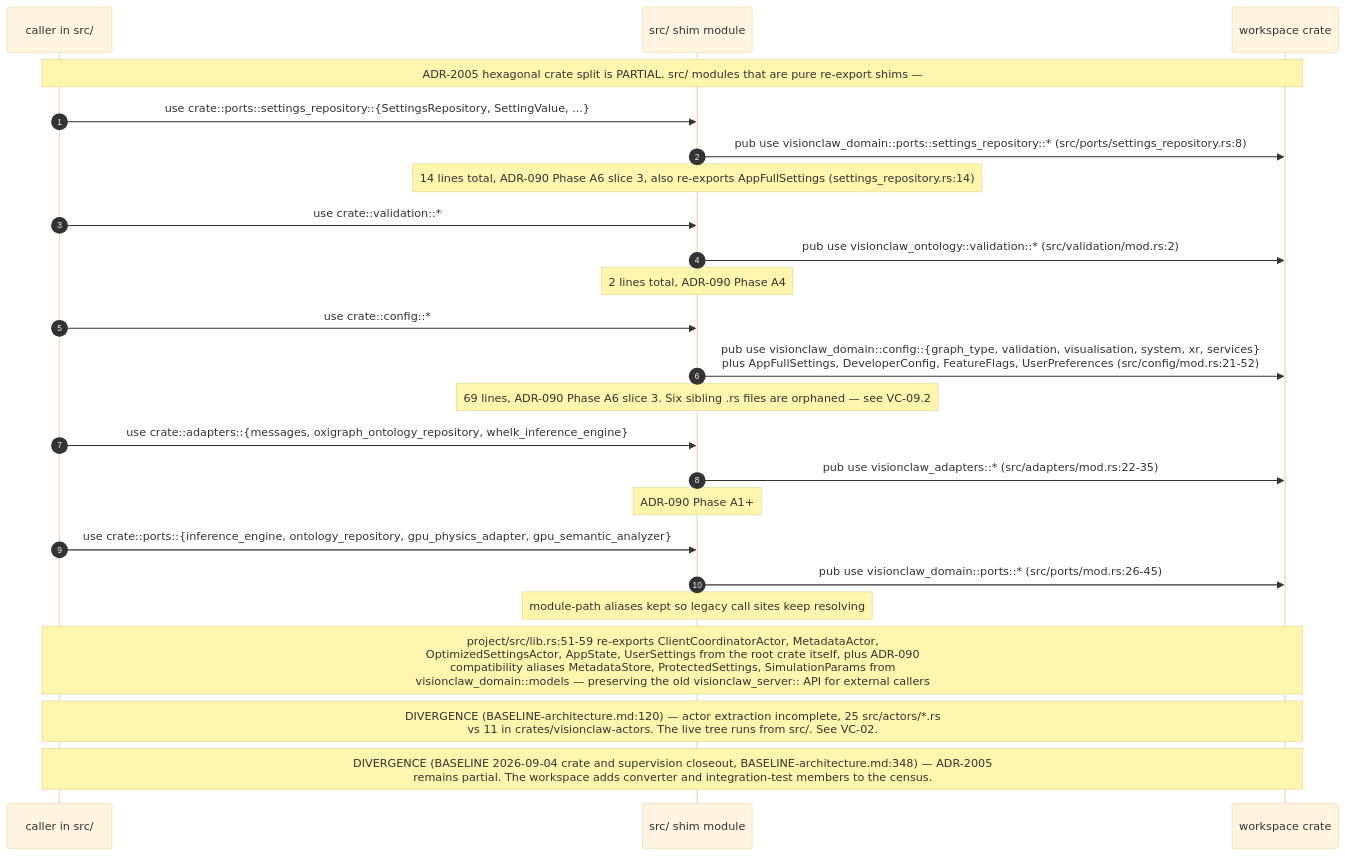
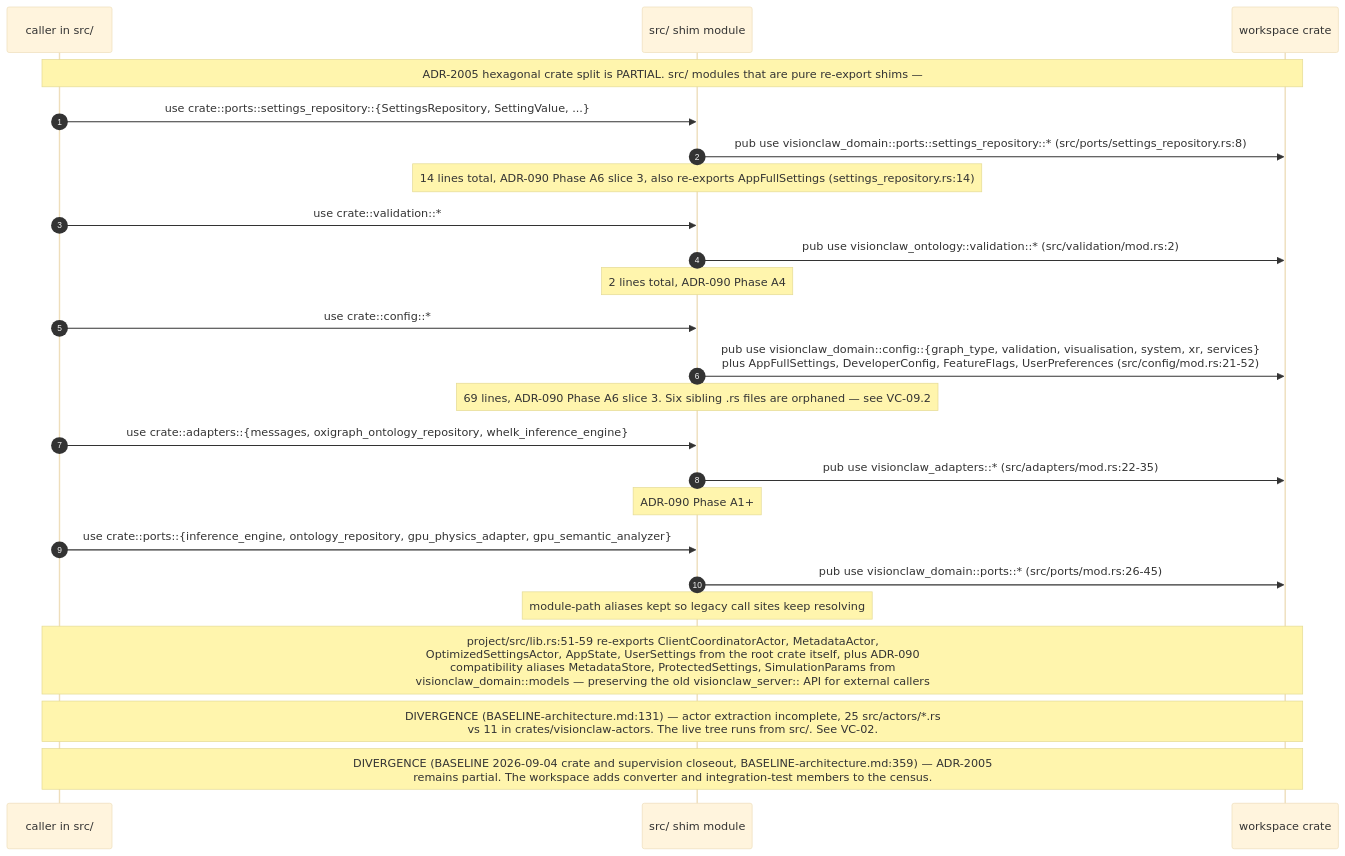
Before and after one commit to DreamLab-AI/VisionFlow: the second of 9 diagrams in docs/diagrams/visionclaw/07-hexagonal-ports-and-crates.md, drawn with Mermaid (base theme). The commit also changed other lines of this file and 145 other files, not shown here.

````diff
--- a/docs/diagrams/visionclaw/07-hexagonal-ports-and-crates.md
+++ b/docs/diagrams/visionclaw/07-hexagonal-ports-and-crates.md
@@ -113,27 +113,27 @@
 ```mermaid
 sequenceDiagram
     autonumber
     participant C as caller in src/
     participant SH as src/ shim module
     participant CR as workspace crate
 
     Note over C,CR: ADR-2005 hexagonal crate split is PARTIAL. src/ modules that are pure re-export shims —
     C->>SH: use crate::ports::settings_repository::{SettingsRepository, SettingValue, ...}
     SH->>CR: pub use visionclaw_domain::ports::settings_repository::* (src/ports/settings_repository.rs:8)
     Note over SH: 14 lines total, ADR-090 Phase A6 slice 3, also re-exports AppFullSettings (settings_repository.rs:14)
     C->>SH: use crate::validation::*
     SH->>CR: pub use visionclaw_ontology::validation::* (src/validation/mod.rs:2)
     Note over SH: 2 lines total, ADR-090 Phase A4
     C->>SH: use crate::config::*
     SH->>CR: pub use visionclaw_domain::config::{graph_type, validation, visualisation, system, xr, services}<br/>plus AppFullSettings, DeveloperConfig, FeatureFlags, UserPreferences (src/config/mod.rs:21-52)
     Note over SH: 69 lines, ADR-090 Phase A6 slice 3. Six sibling .rs files are orphaned — see VC-09.2
     C->>SH: use crate::adapters::{messages, oxigraph_ontology_repository, whelk_inference_engine}
     SH->>CR: pub use visionclaw_adapters::* (src/adapters/mod.rs:22-35)
     Note over SH: ADR-090 Phase A1+
     C->>SH: use crate::ports::{inference_engine, ontology_repository, gpu_physics_adapter, gpu_semantic_analyzer}
     SH->>CR: pub use visionclaw_domain::ports::* (src/ports/mod.rs:26-45)
     Note over SH: module-path aliases kept so legacy call sites keep resolving
     Note over C,CR: project/src/lib.rs:51-59 re-exports ClientCoordinatorActor, MetadataActor,<br/>OptimizedSettingsActor, AppState, UserSettings from the root crate itself, plus ADR-090<br/>compatibility aliases MetadataStore, ProtectedSettings, SimulationParams from<br/>visionclaw_domain::models — preserving the old visionclaw_server:: API for external callers
-    Note over C,CR: DIVERGENCE (BASELINE-architecture.md:120) — actor extraction incomplete, 25 src/actors/*.rs<br/>vs 11 in crates/visionclaw-actors. The live tree runs from src/. See VC-02.
-    Note over C,CR: DIVERGENCE (BASELINE 2026-09-04 crate and supervision closeout, BASELINE-architecture.md:348) — ADR-2005<br/>remains partial. The workspace adds converter and integration-test members to the census.
+    Note over C,CR: DIVERGENCE (BASELINE-architecture.md:131) — actor extraction incomplete, 25 src/actors/*.rs<br/>vs 11 in crates/visionclaw-actors. The live tree runs from src/. See VC-02.
+    Note over C,CR: DIVERGENCE (BASELINE 2026-09-04 crate and supervision closeout, BASELINE-architecture.md:359) — ADR-2005<br/>remains partial. The workspace adds converter and integration-test members to the census.
 ```
````
